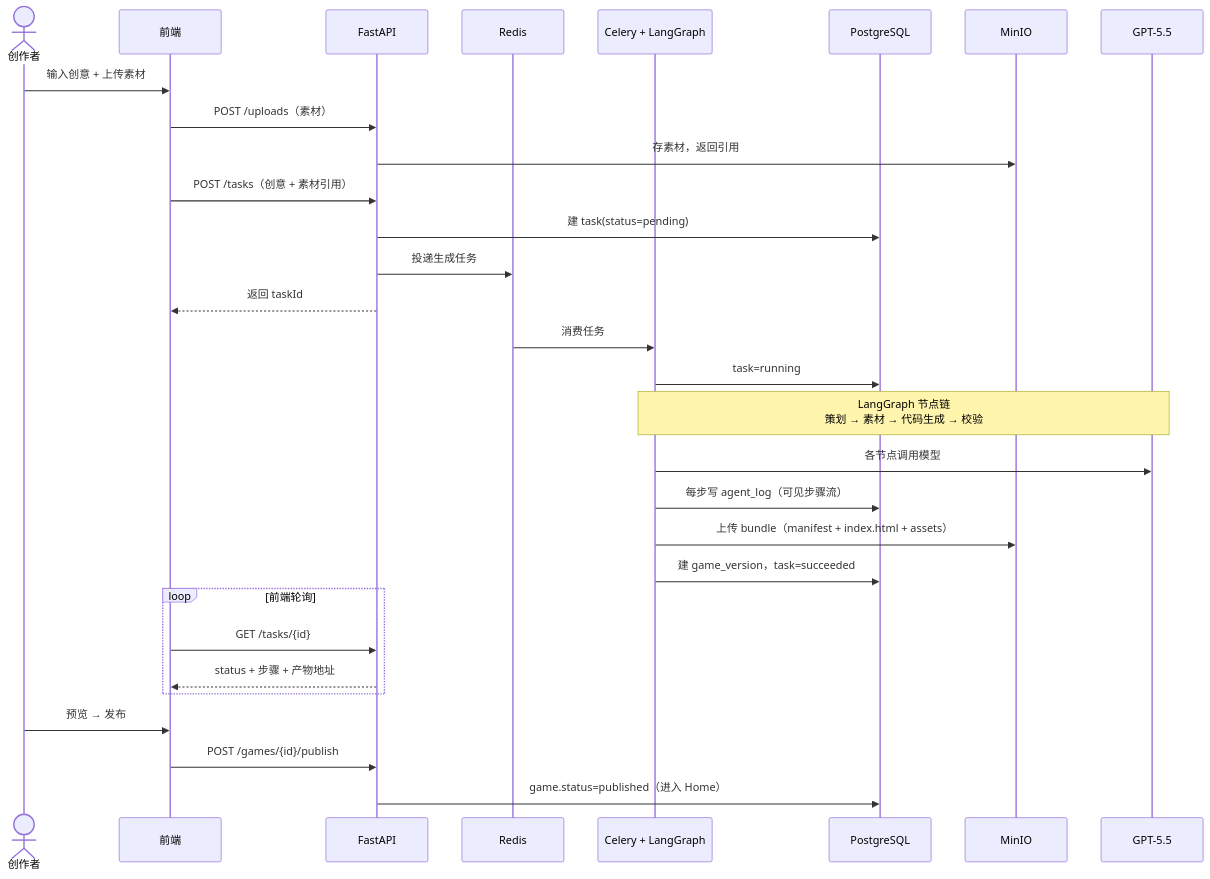
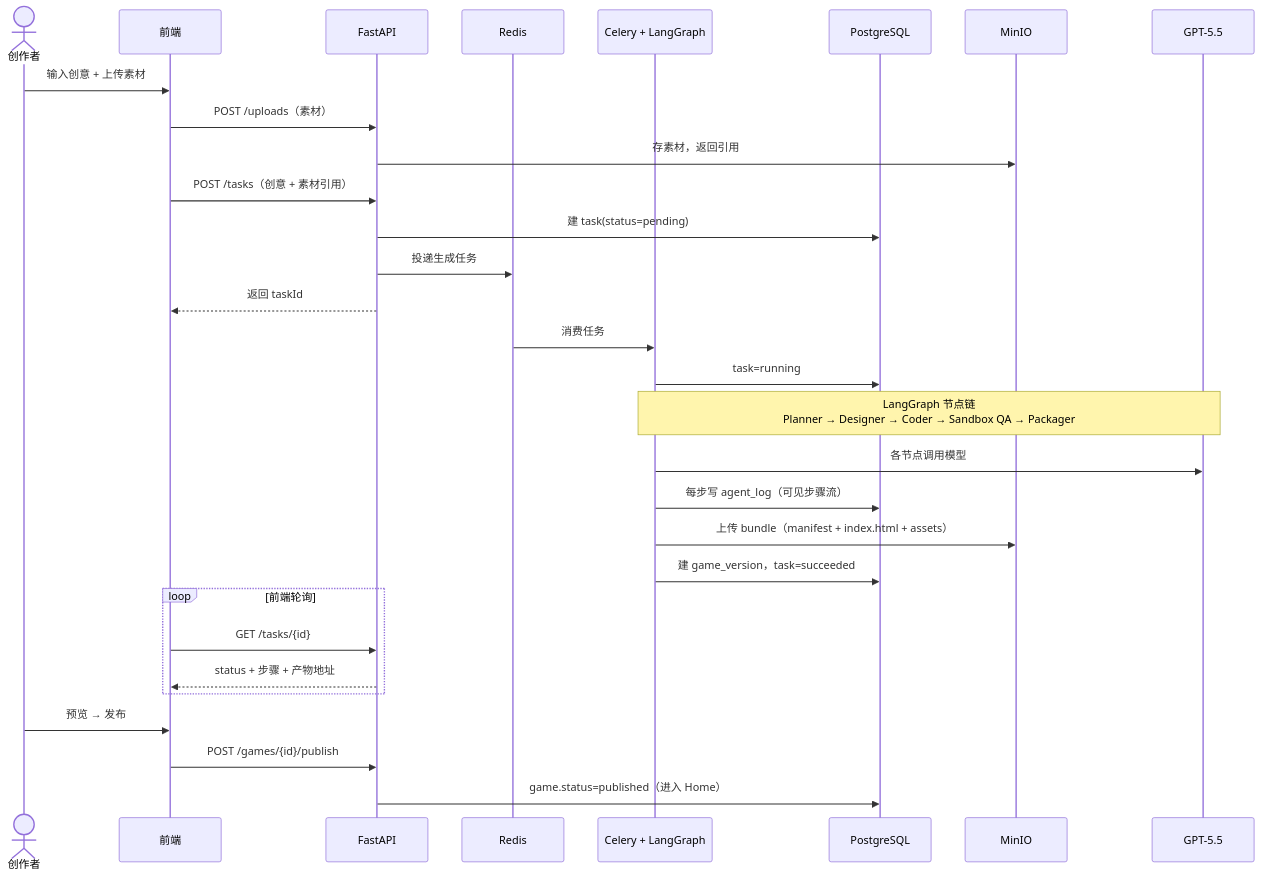
The second of 3 diagrams in docs/系统架构.md (charlie11sun-netizen/yahaha), drawn with Mermaid before and after one commit. The commit also changed other lines of this file and 2 other files, not shown here.

Commit message:
docs: 添加数据模型与核心接口，Agent 流水线对齐设计稿
- 基于 PlayForge 设计稿产出：11 张表的数据模型、枚举/状态机、
  OSS+manifest 远端产物协议、REST 接口清单、字段→页面映射
- 同步系统架构/技术选型的 Agent 流水线为 5-Agent
  （Planner → Designer → Coder → Sandbox QA → Packager）

````diff
--- a/docs/系统架构.md
+++ b/docs/系统架构.md
@@ -66,36 +66,36 @@
 ```mermaid
 sequenceDiagram
     actor U as 创作者
     participant FE as 前端
     participant API as FastAPI
     participant Q as Redis
     participant W as Celery + LangGraph
     participant DB as PostgreSQL
     participant S3 as MinIO
     participant M as GPT-5.5
 
     U->>FE: 输入创意 + 上传素材
     FE->>API: POST /uploads（素材）
     API->>S3: 存素材，返回引用
     FE->>API: POST /tasks（创意 + 素材引用）
     API->>DB: 建 task(status=pending)
     API->>Q: 投递生成任务
     API-->>FE: 返回 taskId
 
     Q->>W: 消费任务
     W->>DB: task=running
-    Note over W,M: LangGraph 节点链<br/>策划 → 素材 → 代码生成 → 校验
+    Note over W,M: LangGraph 节点链<br/>Planner → Designer → Coder → Sandbox QA → Packager
     W->>M: 各节点调用模型
     W->>DB: 每步写 agent_log（可见步骤流）
     W->>S3: 上传 bundle（manifest + index.html + assets）
     W->>DB: 建 game_version，task=succeeded
 
     loop 前端轮询
         FE->>API: GET /tasks/{id}
         API-->>FE: status + 步骤 + 产物地址
     end
 
     U->>FE: 预览 → 发布
     FE->>API: POST /games/{id}/publish
     API->>DB: game.status=published（进入 Home）
 ```
````
